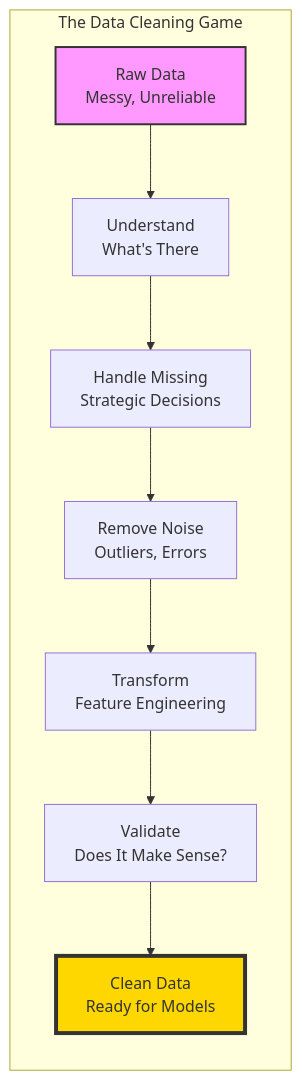
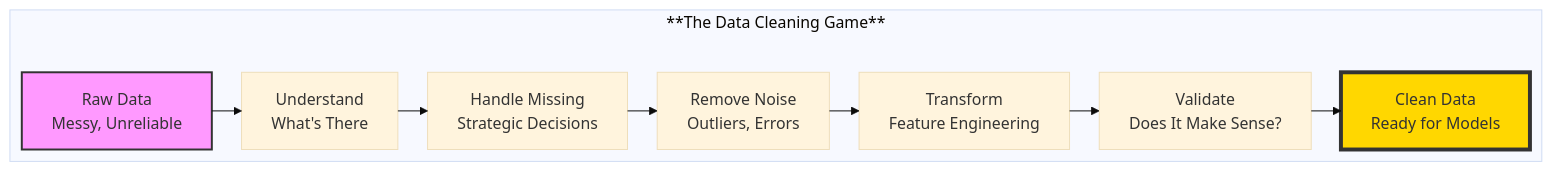
The second of 4 diagrams in The 2026 AI Metromap/The 2026 AI Metromap: Foundations Station – Why Data Cleaning and Git Are Your Board Games, Not Just Chores.md (Vineet-Sharma-Medium-Stories/Medium-Build-Tool), drawn with Mermaid before and after one commit. The commit also changed other lines of this file and 37 other files, not shown here.

````diff
--- a/The 2026 AI Metromap/The 2026 AI Metromap: Foundations Station – Why Data Cleaning and Git Are Your Board Games, Not Just Chores.md
+++ b/The 2026 AI Metromap/The 2026 AI Metromap: Foundations Station – Why Data Cleaning and Git Are Your Board Games, Not Just Chores.md
@@ -106,14 +111,19 @@
 ```mermaid
+---
+config:
+  theme: base
+  layout: elk
+---
 graph LR
-    subgraph "The Data Cleaning Game"
+    subgraph "**The Data Cleaning Game**"
         A[Raw Data<br/>Messy, Unreliable] --> B[Understand<br/>What's There]
         B --> C[Handle Missing<br/>Strategic Decisions]
         C --> D[Remove Noise<br/>Outliers, Errors]
         D --> E[Transform<br/>Feature Engineering]
         E --> F[Validate<br/>Does It Make Sense?]
         F --> G[Clean Data<br/>Ready for Models]
     end
     
     style A fill:#f9f,stroke:#333,stroke-width:2px
     style G fill:#ffd700,stroke:#333,stroke-width:4px
 ```
````
